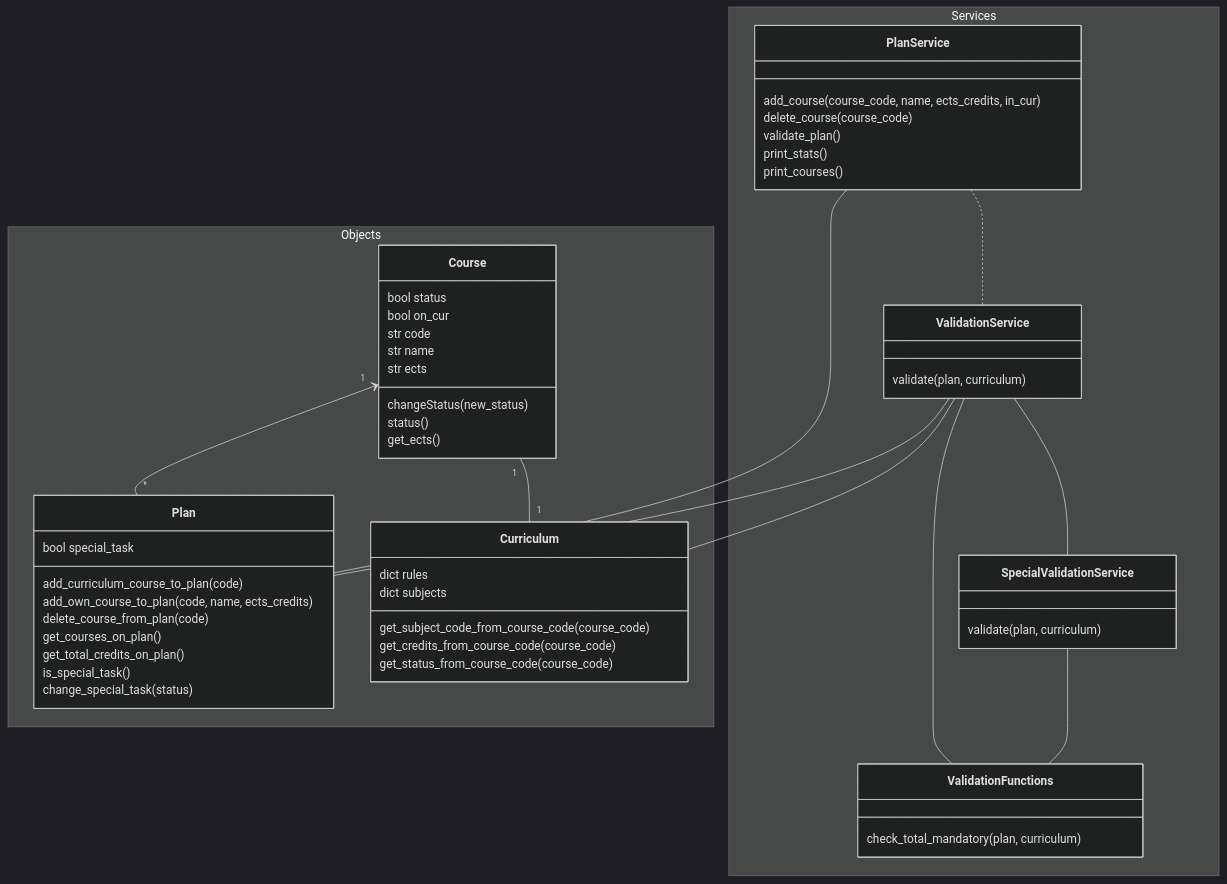
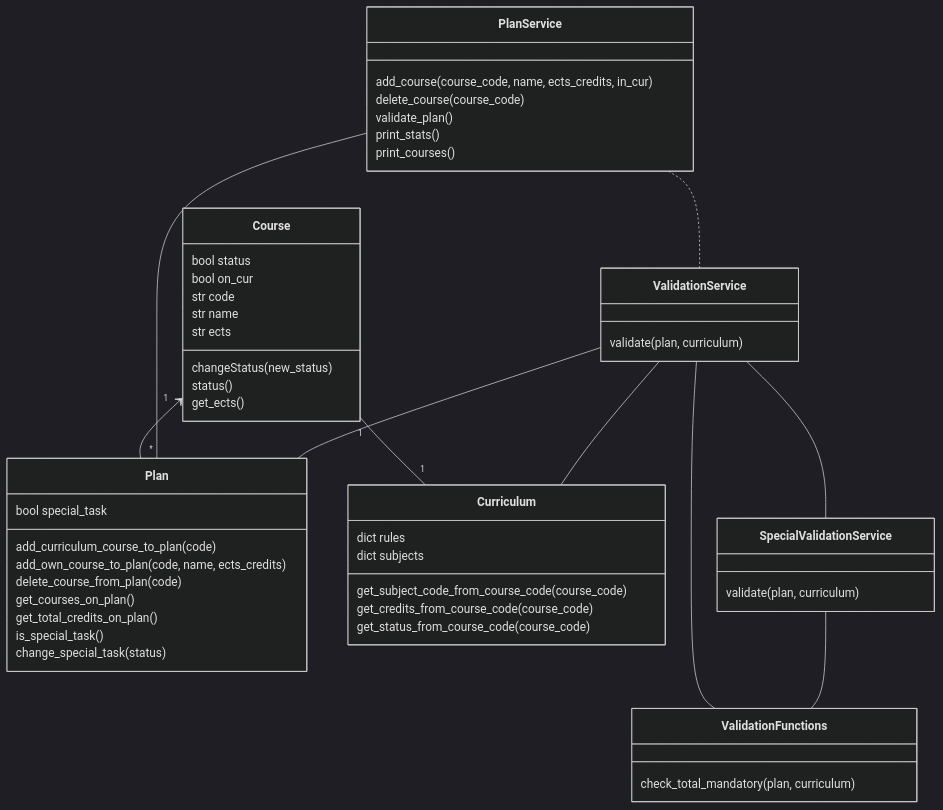
Before and after one commit to muukkto/ot-harjoitustyo: the diagram in dokumentaatio/arkkitehtuuri.md, drawn with Mermaid (dark theme). The commit also changed other lines of this file, not shown here.

````diff
--- a/dokumentaatio/arkkitehtuuri.md
+++ b/dokumentaatio/arkkitehtuuri.md
@@ -5,59 +3,55 @@
 ```mermaid
 classDiagram
-    namespace Objects {
         class Course {
             bool status
             bool on_cur
             str code
             str name
             str ects
             changeStatus(new_status)
             status()
             get_ects()
         }
         class Plan {
             bool special_task
             add_curriculum_course_to_plan(code)
             add_own_course_to_plan(code, name, ects_credits)
             delete_course_from_plan(code)
             get_courses_on_plan()
             get_total_credits_on_plan()
             is_special_task()
             change_special_task(status)
         }
         class Curriculum {
             dict rules
             dict subjects
             get_subject_code_from_course_code(course_code)
             get_credits_from_course_code(course_code)
             get_status_from_course_code(course_code)
         }
-    }
     Course "1" <-- "*" Plan
     Course "1" -- "1" Curriculum
-    namespace Services {
         class PlanService {
             add_course(course_code, name, ects_credits, in_cur)
             delete_course(course_code)
             validate_plan()
             print_stats()
             print_courses()
         }
         class ValidationService {
             validate(plan, curriculum)
         }
         class ValidationFunctions {
             check_total_mandatory(plan, curriculum)
         }
         class SpecialValidationService {
             validate(plan, curriculum)
         }
-    }
     ValidationService -- SpecialValidationService
     ValidationService -- ValidationFunctions
     SpecialValidationService -- ValidationFunctions
     PlanService .. ValidationService
     PlanService -- Plan
     ValidationService -- Plan
     ValidationService -- Curriculum
 ```
````
